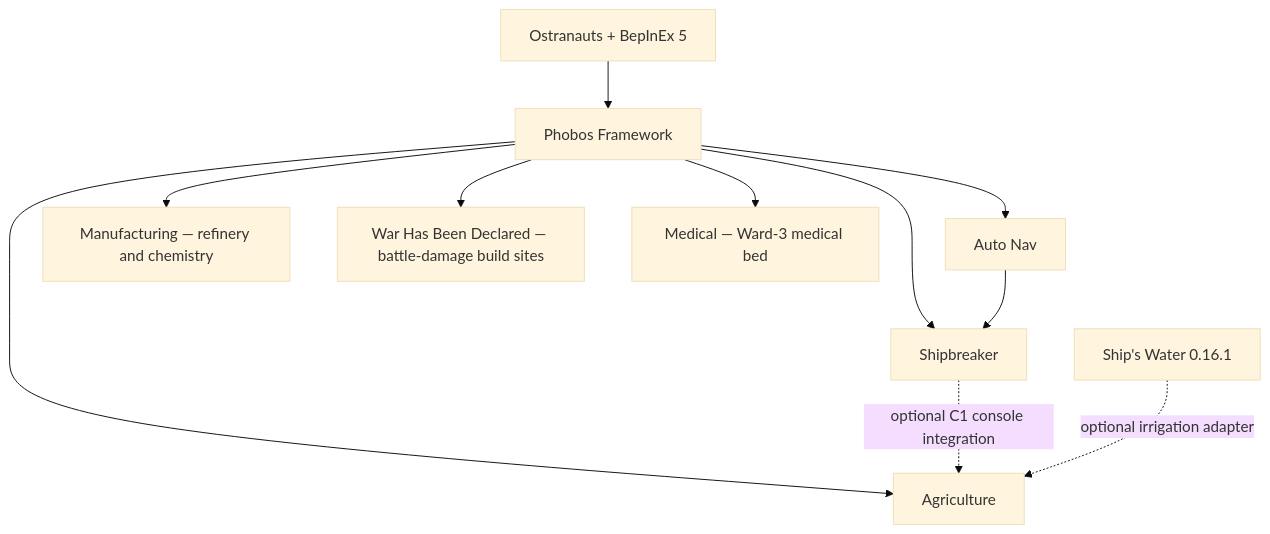
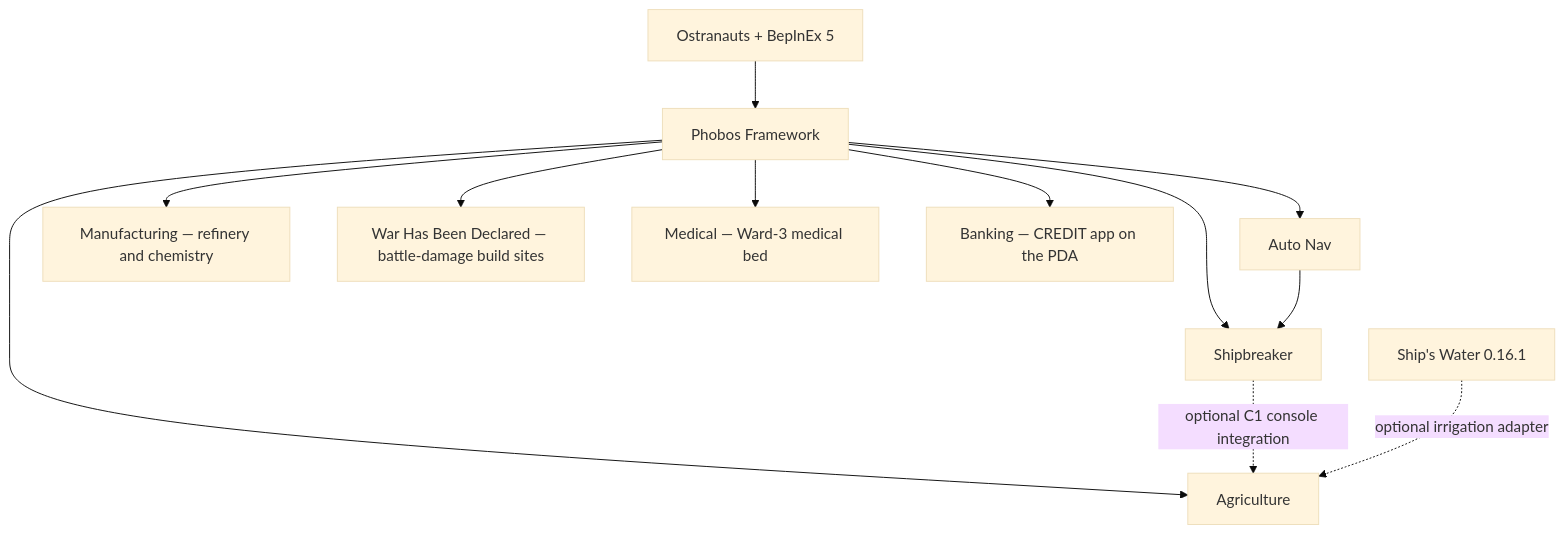
Before and after one commit to phobos-dthorga/phobos-ostranauts: the diagram in README.md, drawn with Mermaid (base theme). The commit also changed other lines of this file and 75 other files, not shown here.

First line of the commit message:
PDA apps and the CREDIT app: Framework 0.126.0 and Phobos Banking 0.1.0

````diff
--- a/README.md
+++ b/README.md
@@ -53,13 +54,14 @@
 ```mermaid
 flowchart TD
     Game["Ostranauts + BepInEx 5"] --> Framework["Phobos Framework"]
     Framework --> Shipbreaker["Shipbreaker"]
     Framework --> AutoNav["Auto Nav"]
     AutoNav --> Shipbreaker
     Framework --> Agriculture["Agriculture"]
     Framework --> Manufacturing["Manufacturing — refinery and chemistry"]
     Framework --> WarDeclared["War Has Been Declared — battle-damage build sites"]
     Framework --> Medical["Medical — Ward-3 medical bed"]
+    Framework --> Bank["Banking — CREDIT app on the PDA"]
     Shipbreaker -. "optional C1 console integration" .-> Agriculture
     Water["Ship's Water 0.16.1"] -. "optional irrigation adapter" .-> Agriculture
 ```
````
